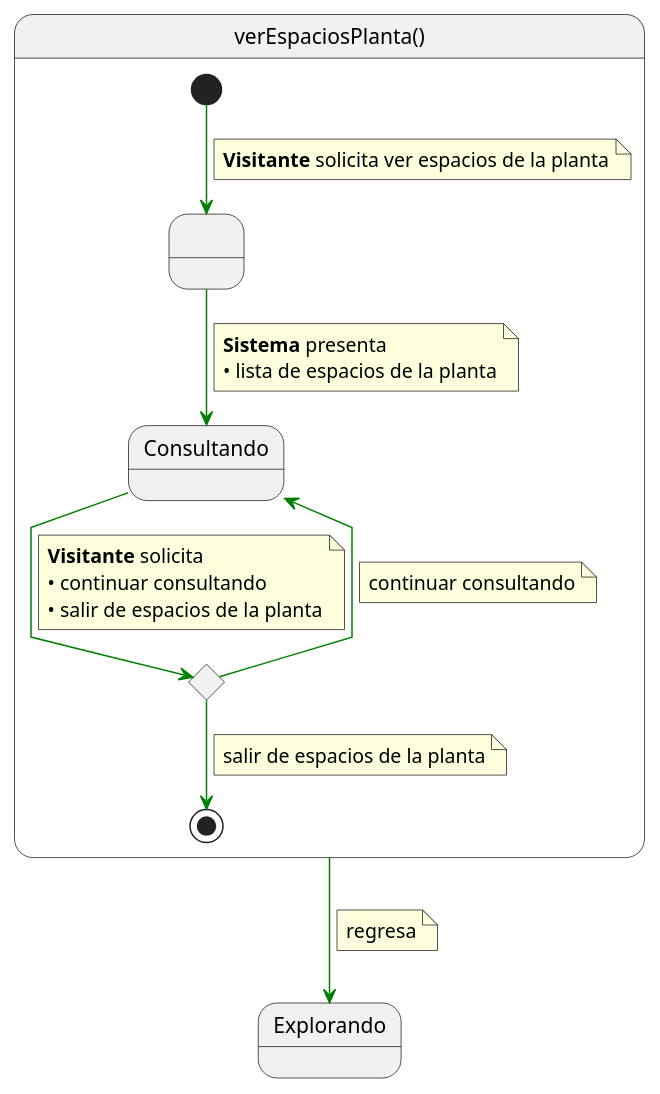
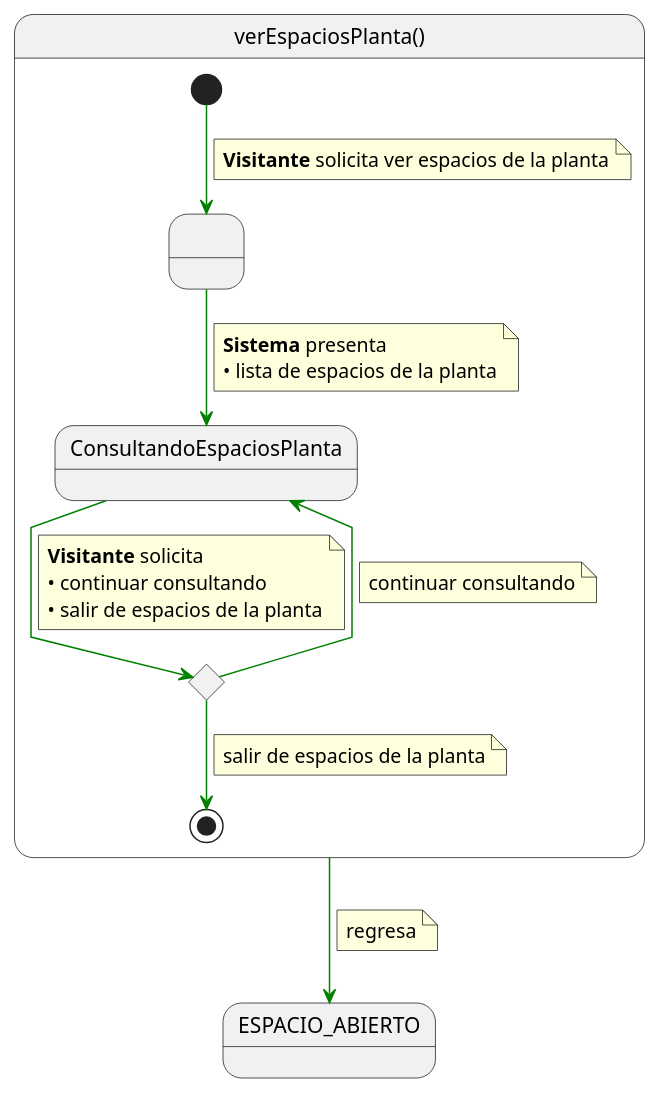
The diagram in documentos/01-casoDeUso/3-DetallarCasosDeUso/1-Visitante/verEspaciosPlanta/verEspaciosPlanta.puml (Camila-Lesly/25-26-idsw1-sdr), drawn with PlantUML before and after one commit. The commit also changed 26 other files, not shown here.

Commit message:
docs: Add SVG diagrams for visitor use cases

```diff
--- a/documentos/01-casoDeUso/3-DetallarCasosDeUso/1-Visitante/verEspaciosPlanta/verEspaciosPlanta.puml
+++ b/documentos/01-casoDeUso/3-DetallarCasosDeUso/1-Visitante/verEspaciosPlanta/verEspaciosPlanta.puml
@@ -1,45 +1,42 @@
-@startuml verEspaciosPlanta
-
+@startuml
 skinparam linetype polyline
 
 state verEspaciosPlanta as "verEspaciosPlanta()" {
-
     state " " as SolicitandoEspaciosPlanta
-    state "Consultando" as ConsultandoEspaciosPlanta
+    state ConsultandoEspaciosPlanta
     state c <<choice>>
 
     [*] -[#green]-> SolicitandoEspaciosPlanta 
     note on link
     <b>Visitante</b> solicita ver espacios de la planta
     end note    
     
     SolicitandoEspaciosPlanta -[#green]-> ConsultandoEspaciosPlanta
     note on link
     <b>Sistema</b> presenta
     • lista de espacios de la planta
     end note
     
     ConsultandoEspaciosPlanta -[#green]-> c
     note on link
     <b>Visitante</b> solicita
     • continuar consultando
     • salir de espacios de la planta
     end note
     
     c -[#green]-> ConsultandoEspaciosPlanta
     note on link
     continuar consultando
     end note
 
     c -[#green]-> [*]
     note on link
     salir de espacios de la planta
     end note
 }
 
-verEspaciosPlanta -[#green]-> Explorando
+verEspaciosPlanta -[#green]-> ESPACIO_ABIERTO
 note on link
 regresa
 end note
-
 @enduml
```
